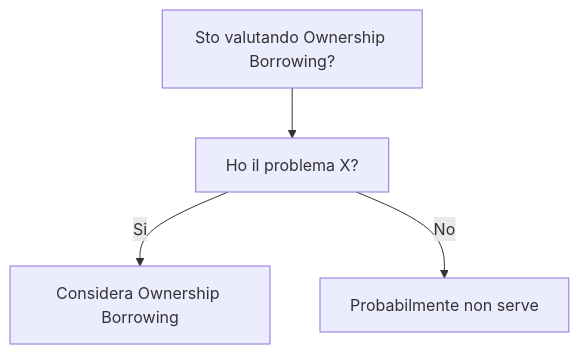
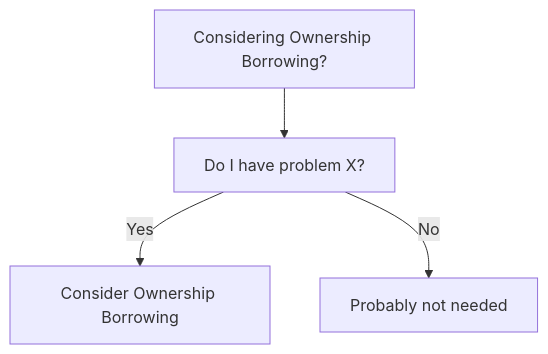
One commit to HxT9/Software-Dev-Wiki changed the diagram in dev-wiki/14_Languages/Rust/Ownership_Borrowing/When_To_Use.md. Above: the diagram before and after it, drawn with Mermaid. The commit also changed other lines of this file and 3444 other files, not shown here.

````diff
--- a/dev-wiki/14_Languages/Rust/Ownership_Borrowing/When_To_Use.md
+++ b/dev-wiki/14_Languages/Rust/Ownership_Borrowing/When_To_Use.md
@@ -19,6 +19,6 @@
 ```mermaid
 flowchart TD
-  Q[Sto valutando Ownership Borrowing?] --> Q1[Ho il problema X?]
-  Q1 -->|Si| OK[Considera Ownership Borrowing]
-  Q1 -->|No| NO[Probabilmente non serve]
+  Q[Considering Ownership Borrowing?] --> Q1[Do I have problem X?]
+  Q1 -->|Yes| OK[Consider Ownership Borrowing]
+  Q1 -->|No| NO[Probably not needed]
 ```
````
